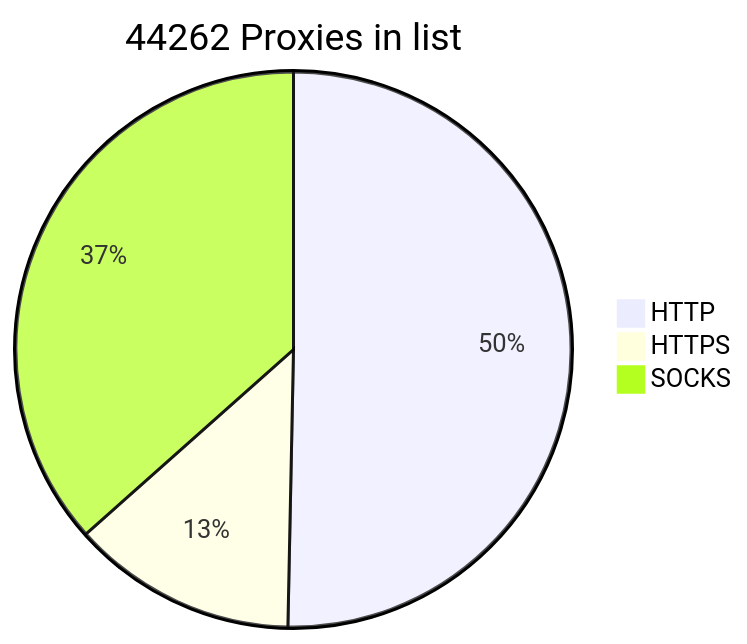
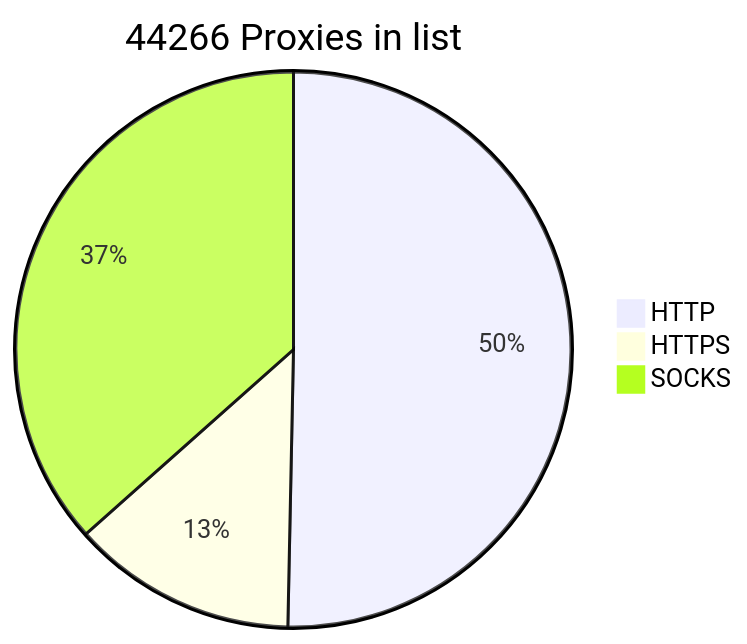
The diagram in README.md (BlackSnowDot/proxylist-update-every-minute), drawn with Mermaid before and after one commit.

````diff
--- a/README.md
+++ b/README.md
@@ -2,6 +2,6 @@
 ```mermaid
-pie title 44262 Proxies in list
-    "HTTP" : 24850
-    "HTTPS": 6474
+pie title 44266 Proxies in list
+    "HTTP" : 24853
+    "HTTPS": 6475
     "SOCKS" : 18058
 ```
````
